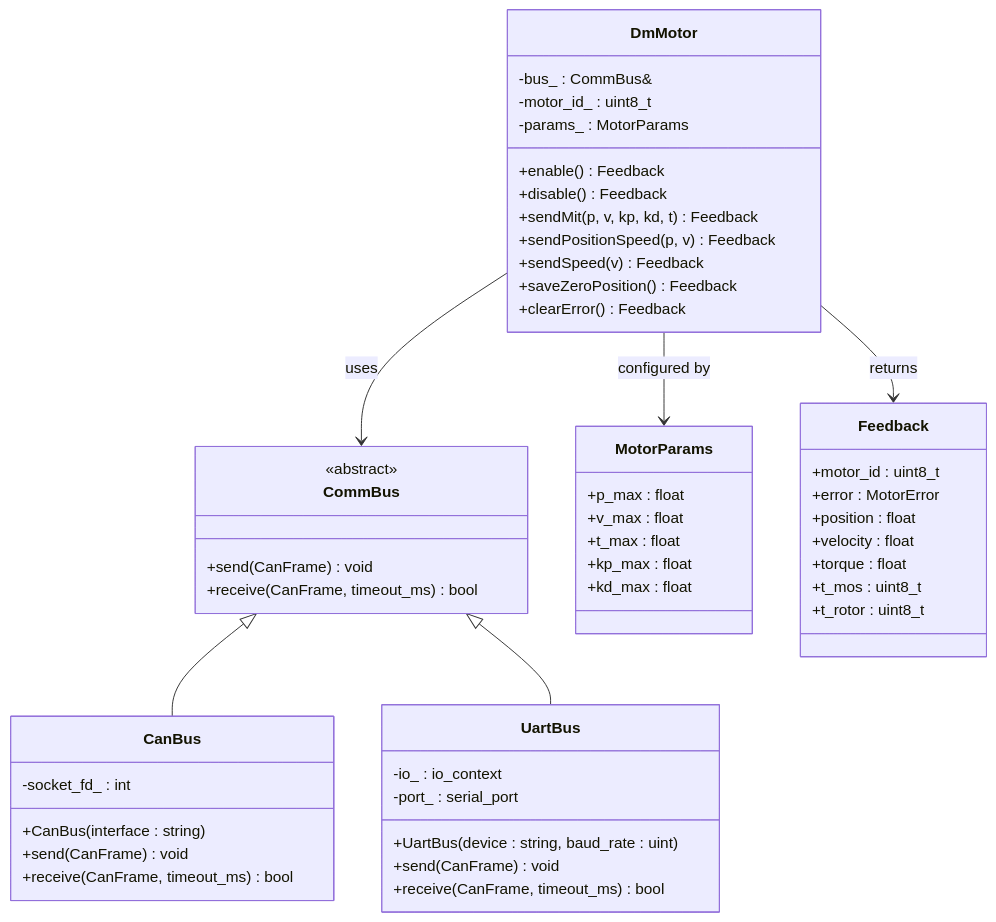
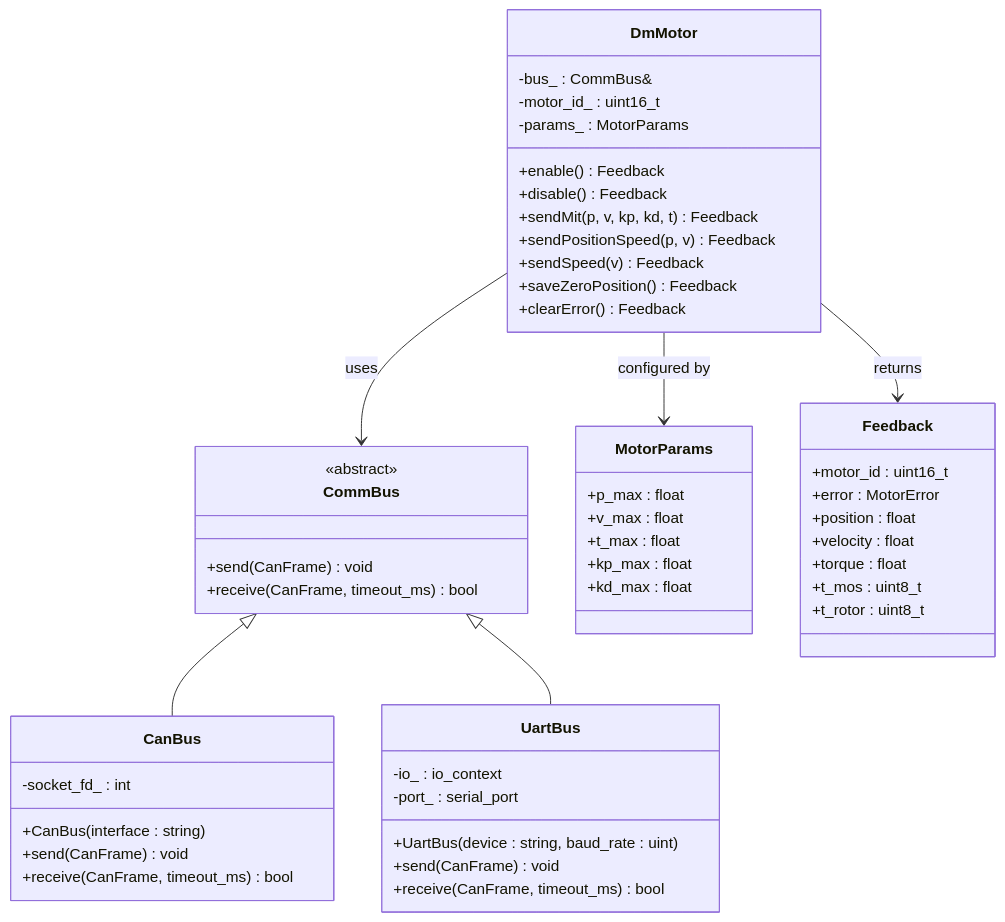
Before and after one commit to nu-jliu/damiao-driver-cpp: the second of 4 diagrams in README.md, drawn with Mermaid. The commit also changed other lines of this file and 5 other files, not shown here.

````diff
--- a/README.md
+++ b/README.md
@@ -38,60 +38,60 @@
 ```mermaid
 classDiagram
     class CommBus {
         <<abstract>>
         +send(CanFrame) void
         +receive(CanFrame, timeout_ms) bool
     }
 
     class CanBus {
         -socket_fd_ : int
         +CanBus(interface : string)
         +send(CanFrame) void
         +receive(CanFrame, timeout_ms) bool
     }
 
     class UartBus {
         -io_ : io_context
         -port_ : serial_port
         +UartBus(device : string, baud_rate : uint)
         +send(CanFrame) void
         +receive(CanFrame, timeout_ms) bool
     }
 
     class DmMotor {
         -bus_ : CommBus&
-        -motor_id_ : uint8_t
+        -motor_id_ : uint16_t
         -params_ : MotorParams
         +enable() Feedback
         +disable() Feedback
         +sendMit(p, v, kp, kd, t) Feedback
         +sendPositionSpeed(p, v) Feedback
         +sendSpeed(v) Feedback
         +saveZeroPosition() Feedback
         +clearError() Feedback
     }
 
     class MotorParams {
         +p_max : float
         +v_max : float
         +t_max : float
         +kp_max : float
         +kd_max : float
     }
 
     class Feedback {
-        +motor_id : uint8_t
+        +motor_id : uint16_t
         +error : MotorError
         +position : float
         +velocity : float
         +torque : float
         +t_mos : uint8_t
         +t_rotor : uint8_t
     }
 
     CommBus <|-- CanBus
     CommBus <|-- UartBus
     DmMotor --> CommBus : uses
     DmMotor --> MotorParams : configured by
     DmMotor --> Feedback : returns
 ```
````
